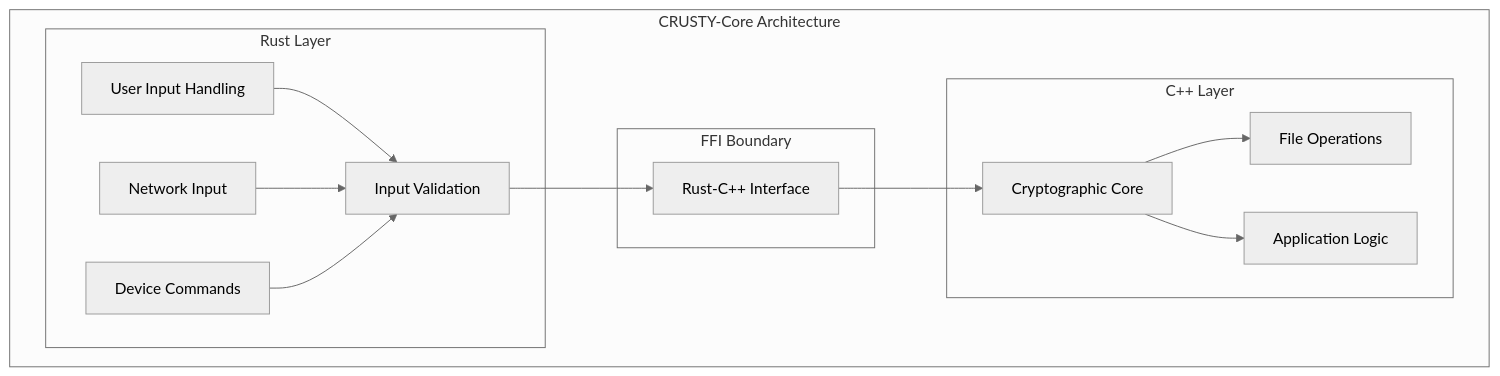
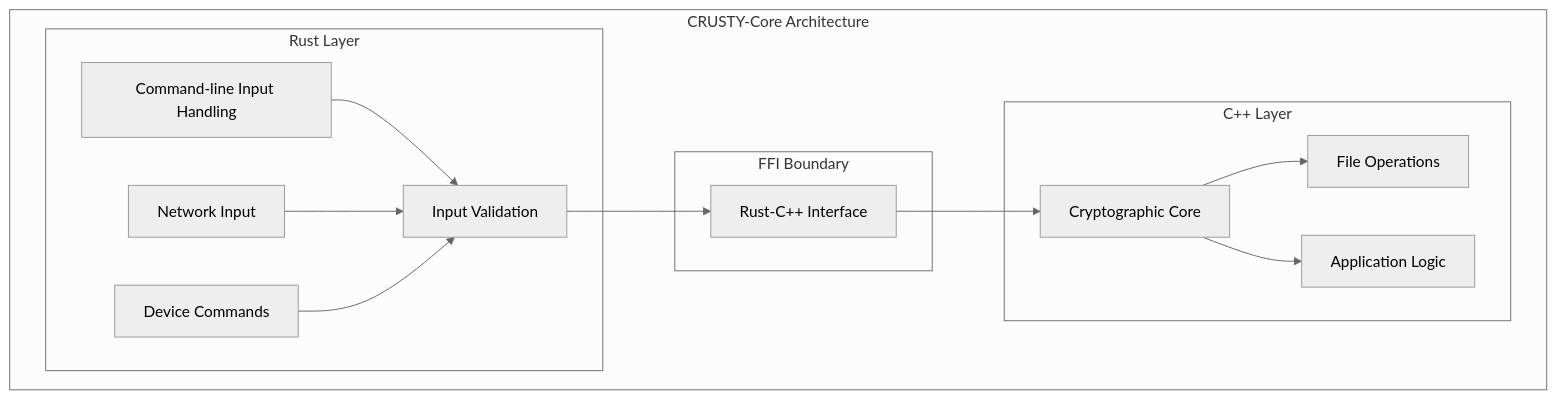
One commit to shahern004/CRUSTy-Core changed the first of 7 diagrams in Documentation/CRUSTY-Core_System_Design.md. Above: the diagram before and after it, drawn with Mermaid (neutral theme). The commit also changed other lines of this file, not shown here.

Commit message:
Update system design document to focus on command-line interface instead of Qt GUI

````diff
--- a/Documentation/CRUSTY-Core_System_Design.md
+++ b/Documentation/CRUSTY-Core_System_Design.md
@@ -22,29 +22,29 @@
 ```mermaid
 graph TD
     subgraph "CRUSTY-Core Architecture"
         subgraph "Rust Layer"
-            A[User Input Handling]
+            A[Command-line Input Handling]
             B[Network Input]
             C[Device Commands]
             D[Input Validation]
         end
         
         subgraph "C++ Layer"
             E[Cryptographic Core]
             F[File Operations]
             G[Application Logic]
         end
         
         subgraph "FFI Boundary"
             H[Rust-C++ Interface]
         end
         
         A --> D
         B --> D
         C --> D
         D --> H
         H --> E
         E --> F
         E --> G
     end
 ```
````
